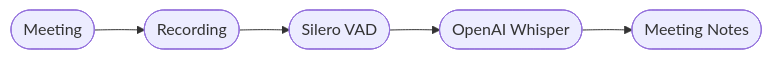
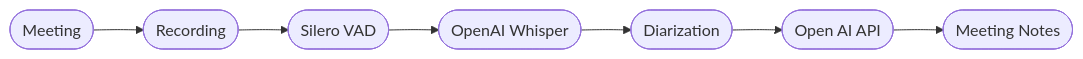
The diagram in README.md (melvinperello/talk-to-text-ai), drawn with Mermaid before and after one commit. The commit also changed other lines of this file and 4 other files, not shown here.

````diff
--- a/README.md
+++ b/README.md
@@ -31,7 +36,9 @@
 ```mermaid
 flowchart LR
     Meeting([Meeting]) --> Recording([Recording])
     Recording --> VAD([Silero VAD])
     VAD --> Whisper([OpenAI Whisper])
-    Whisper --> Notes([Meeting Notes])
+    Whisper --> Resemblyzer([Diarization])
+    Resemblyzer --> Summarization([Open AI API])
+    Summarization --> Notes([Meeting Notes])
 ```
````
